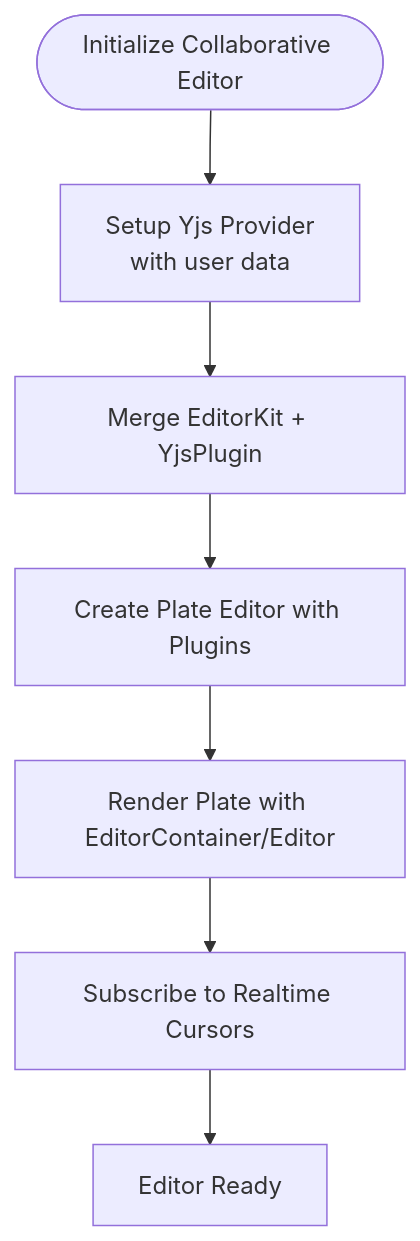
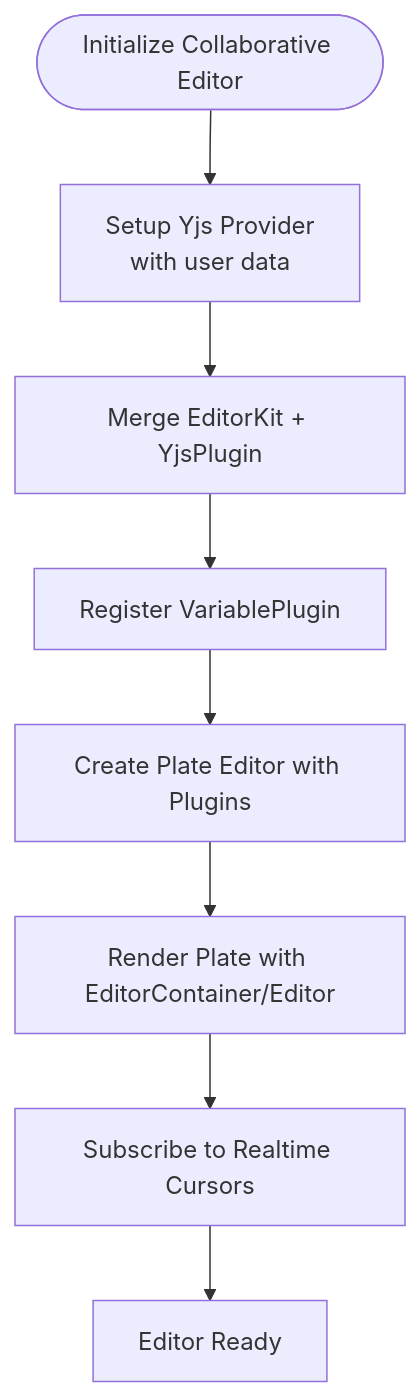
Before and after one commit to SinesysTech/zattar-os: the third of 10 diagrams in .qoder/repowiki/en/content/AI Integration and Features/AI-Assisted Document Editor.md, drawn with Mermaid. The commit also changed other lines of this file and 12 other files, not shown here.

````diff
--- a/.qoder/repowiki/en/content/AI Integration and Features/AI-Assisted Document Editor.md
+++ b/.qoder/repowiki/en/content/AI Integration and Features/AI-Assisted Document Editor.md
@@ -146,9 +195,10 @@
 ```mermaid
 flowchart TD
 Start(["Initialize Collaborative Editor"]) --> SetupYjs["Setup Yjs Provider<br/>with user data"]
 SetupYjs --> MergePlugins["Merge EditorKit + YjsPlugin"]
-MergePlugins --> CreateEditor["Create Plate Editor with Plugins"]
+MergePlugins --> RegisterVariable["Register VariablePlugin"]
+RegisterVariable --> CreateEditor["Create Plate Editor with Plugins"]
 CreateEditor --> Render["Render Plate with EditorContainer/Editor"]
 Render --> Cursors["Subscribe to Realtime Cursors"]
 Cursors --> Ready["Editor Ready"]
 ```
````
